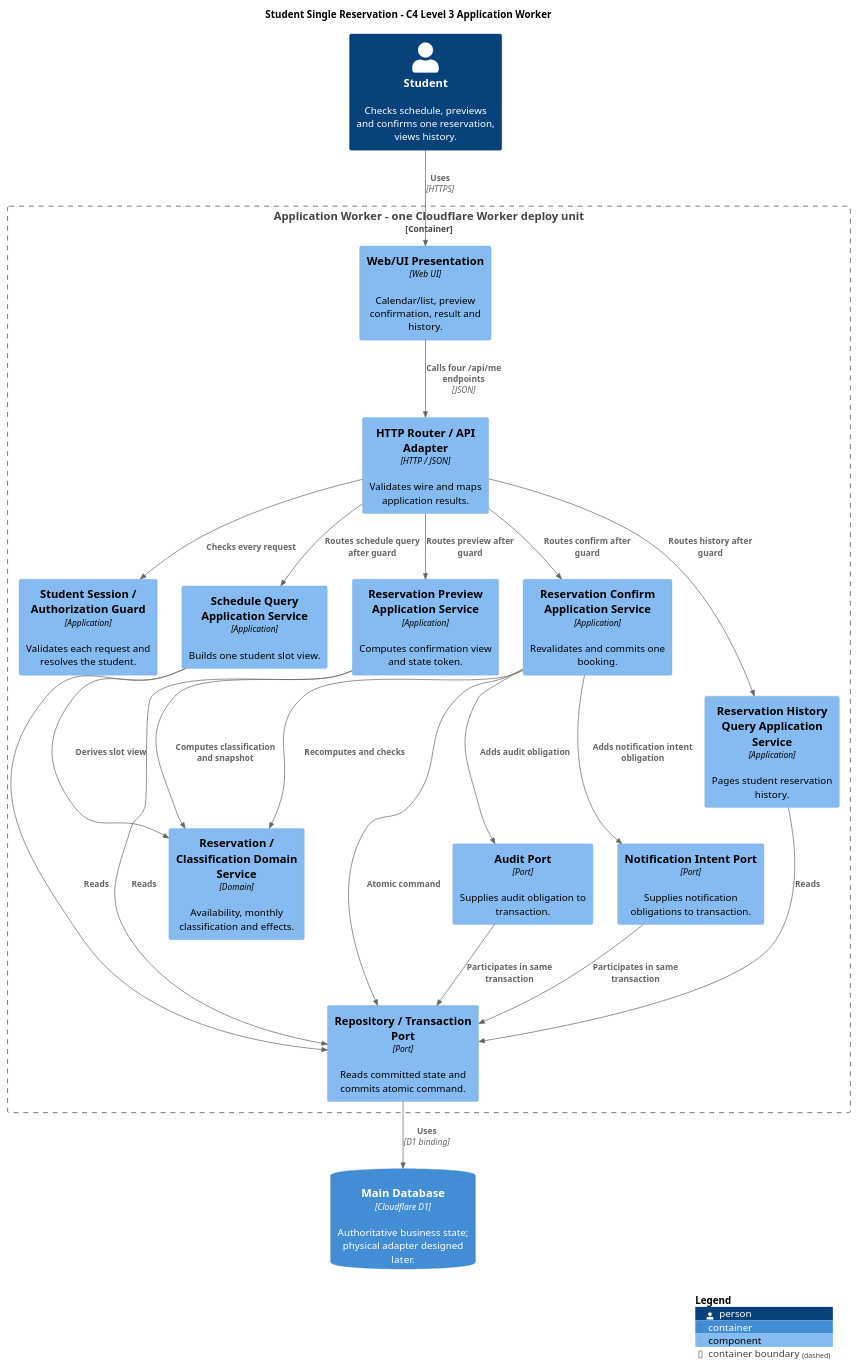
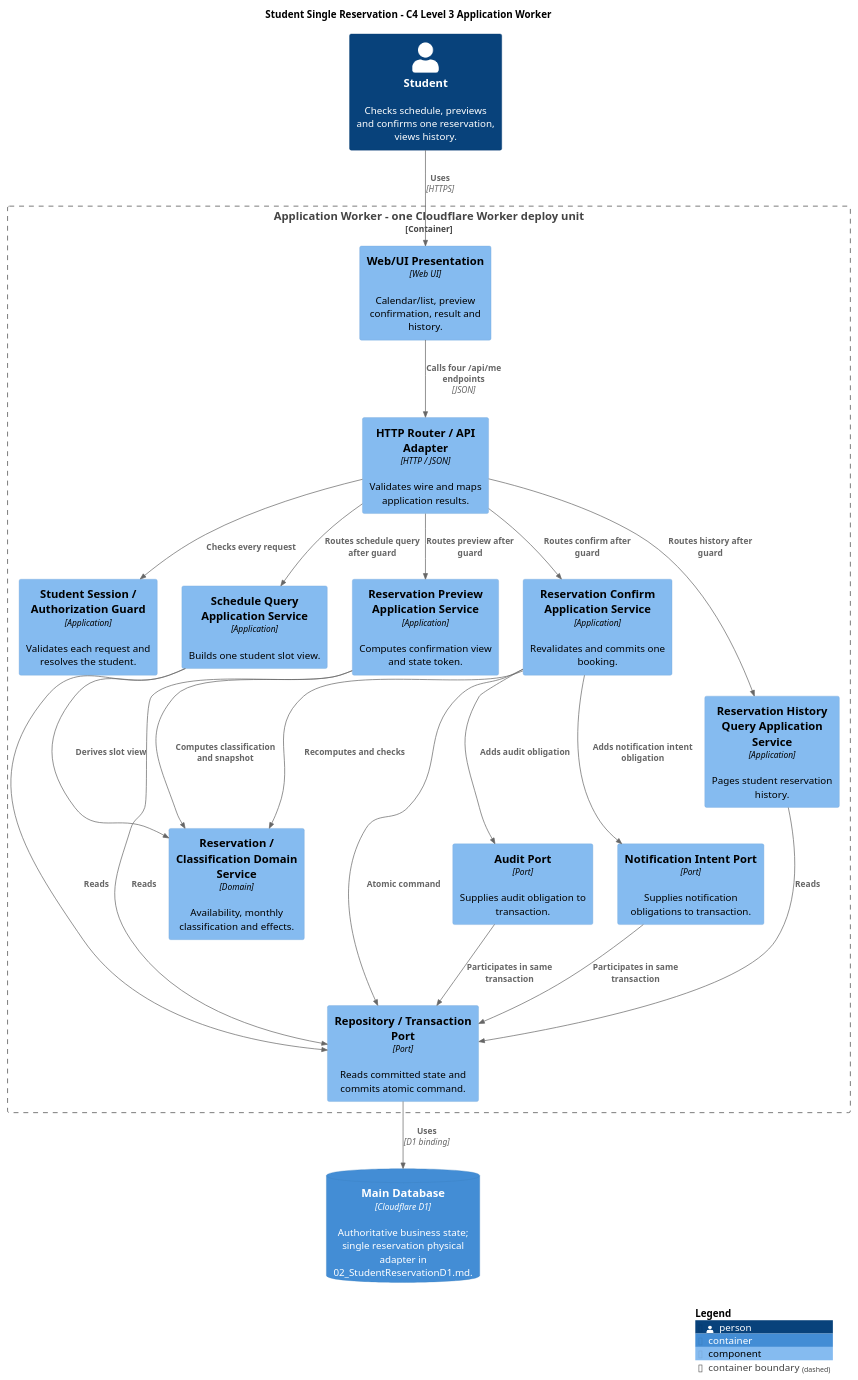
Before and after one commit to suzukure/nssscdl: the diagram in docs/diagrams/plantuml/c4-student-reservation-components.puml, drawn with PlantUML. The commit also changed 5 other files, not shown here.

```diff
--- a/docs/diagrams/plantuml/c4-student-reservation-components.puml
+++ b/docs/diagrams/plantuml/c4-student-reservation-components.puml
@@ -1,45 +1,45 @@
 @startuml
 !include <C4/C4_Component>
 
 LAYOUT_WITH_LEGEND()
 title Student Single Reservation - C4 Level 3 Application Worker
 
 Person(student, "Student", "Checks schedule, previews and confirms one reservation, views history.")
-ContainerDb(db, "Main Database", "Cloudflare D1", "Authoritative business state; physical adapter designed later.")
+ContainerDb(db, "Main Database", "Cloudflare D1", "Authoritative business state; single reservation physical adapter in 02_StudentReservationD1.md.")
 
 Container_Boundary(worker, "Application Worker - one Cloudflare Worker deploy unit") {
   Component(ui, "Web/UI Presentation", "Web UI", "Calendar/list, preview confirmation, result and history.")
   Component(router, "HTTP Router / API Adapter", "HTTP / JSON", "Validates wire and maps application results.")
   Component(guard, "Student Session / Authorization Guard", "Application", "Validates each request and resolves the student.")
   Component(schedule, "Schedule Query Application Service", "Application", "Builds one student slot view.")
   Component(preview, "Reservation Preview Application Service", "Application", "Computes confirmation view and state token.")
   Component(confirm, "Reservation Confirm Application Service", "Application", "Revalidates and commits one booking.")
   Component(history, "Reservation History Query Application Service", "Application", "Pages student reservation history.")
   Component(domain, "Reservation / Classification Domain Service", "Domain", "Availability, monthly classification and effects.")
   Component(repo, "Repository / Transaction Port", "Port", "Reads committed state and commits atomic command.")
   Component(audit, "Audit Port", "Port", "Supplies audit obligation to transaction.")
   Component(intent, "Notification Intent Port", "Port", "Supplies notification obligations to transaction.")
 }
 
 Rel(student, ui, "Uses", "HTTPS")
 Rel(ui, router, "Calls four /api/me endpoints", "JSON")
 Rel(router, guard, "Checks every request")
 Rel(router, schedule, "Routes schedule query after guard")
 Rel(router, preview, "Routes preview after guard")
 Rel(router, confirm, "Routes confirm after guard")
 Rel(router, history, "Routes history after guard")
 Rel(schedule, domain, "Derives slot view")
 Rel(preview, domain, "Computes classification and snapshot")
 Rel(confirm, domain, "Recomputes and checks")
 Rel(schedule, repo, "Reads")
 Rel(preview, repo, "Reads")
 Rel(confirm, repo, "Atomic command")
 Rel(history, repo, "Reads")
 Rel(confirm, audit, "Adds audit obligation")
 Rel(confirm, intent, "Adds notification intent obligation")
 Rel(repo, db, "Uses", "D1 binding")
 Rel(audit, repo, "Participates in same transaction")
 Rel(intent, repo, "Participates in same transaction")
 
 SHOW_LEGEND()
 @enduml
```
